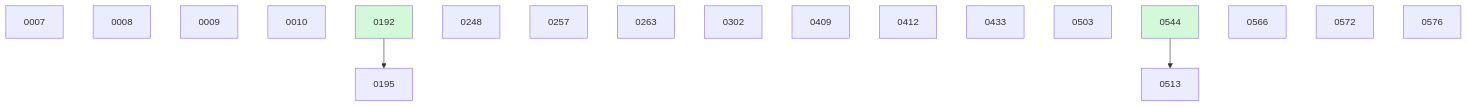
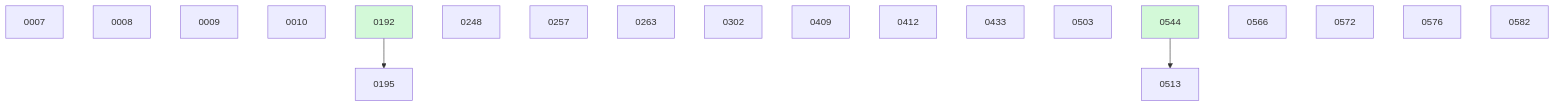
One commit to danielhanold/docket changed the diagram in docs/changes/BOARD.md. Above: the diagram before and after it, drawn with Mermaid. The commit also changed other lines of this file and 1 other file, not shown here.

````diff
--- a/docs/changes/BOARD.md
+++ b/docs/changes/BOARD.md
@@ -32,23 +33,24 @@
 ```mermaid
 graph TD
   0007
   0008
   0009
   0010
   0192 --> 0195
   0248
   0257
   0263
   0302
   0409
   0412
   0433
   0503
   0544 --> 0513
   0566
   0572
   0576
+  0582
   0192:::done
   0544:::done
   classDef done fill:#d3f9d8;
 ```
````
